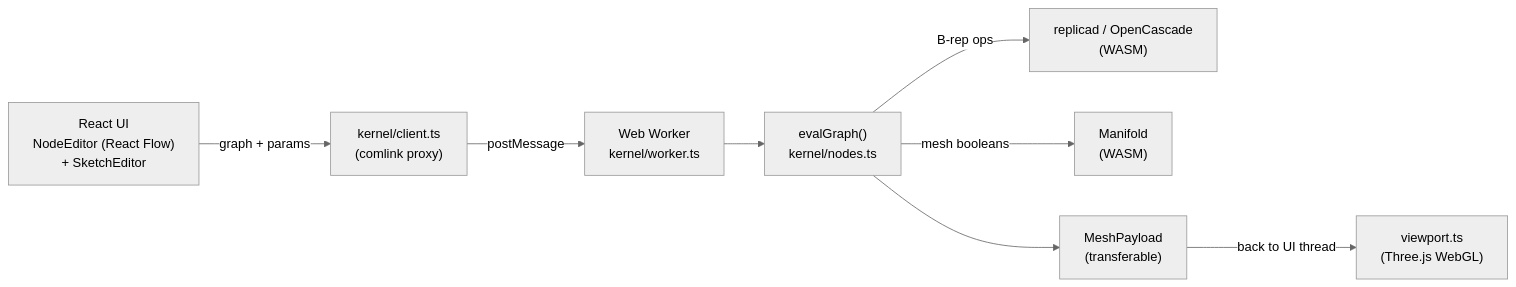
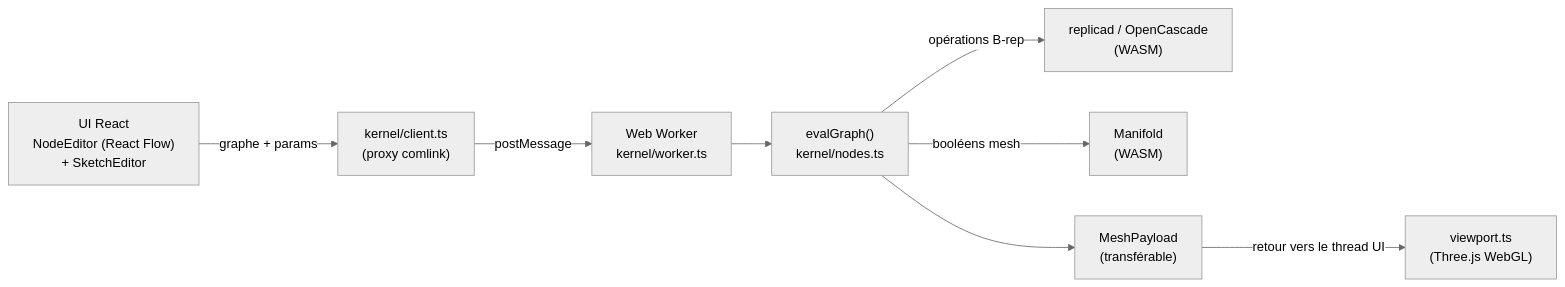
One commit to Tibus/nodal-maker changed the diagram in docs/ARCHITECTURE.md. Above: the diagram before and after it, drawn with Mermaid (neutral theme). The commit also changed other lines of this file and 1 other file, not shown here.

First line of the commit message:
docs: README et ARCHITECTURE.md réécrits en français

````diff
--- a/docs/ARCHITECTURE.md
+++ b/docs/ARCHITECTURE.md
@@ -16,10 +16,10 @@
 ```mermaid
 flowchart LR
-  UI["React UI<br/>NodeEditor (React Flow)<br/>+ SketchEditor"] -- "graph + params" --> CLIENT["kernel/client.ts<br/>(comlink proxy)"]
+  UI["UI React<br/>NodeEditor (React Flow)<br/>+ SketchEditor"] -- "graphe + params" --> CLIENT["kernel/client.ts<br/>(proxy comlink)"]
   CLIENT -- "postMessage" --> WORKER["Web Worker<br/>kernel/worker.ts"]
   WORKER --> EVAL["evalGraph()<br/>kernel/nodes.ts"]
-  EVAL -- "B-rep ops" --> OCCT["replicad / OpenCascade<br/>(WASM)"]
-  EVAL -- "mesh booleans" --> MANI["Manifold<br/>(WASM)"]
-  EVAL --> PAYLOAD["MeshPayload<br/>(transferable)"]
-  PAYLOAD -- "back to UI thread" --> VP["viewport.ts<br/>(Three.js WebGL)"]
+  EVAL -- "opérations B-rep" --> OCCT["replicad / OpenCascade<br/>(WASM)"]
+  EVAL -- "booléens mesh" --> MANI["Manifold<br/>(WASM)"]
+  EVAL --> PAYLOAD["MeshPayload<br/>(transférable)"]
+  PAYLOAD -- "retour vers le thread UI" --> VP["viewport.ts<br/>(Three.js WebGL)"]
 ```
````
